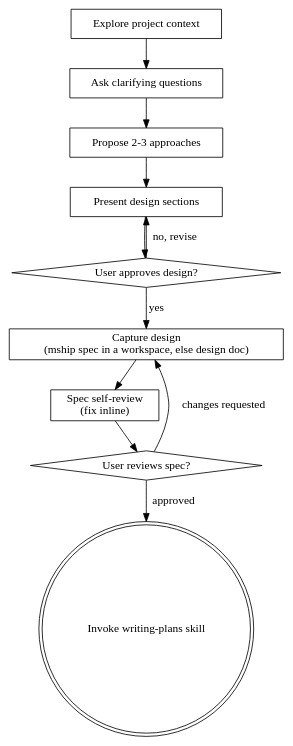
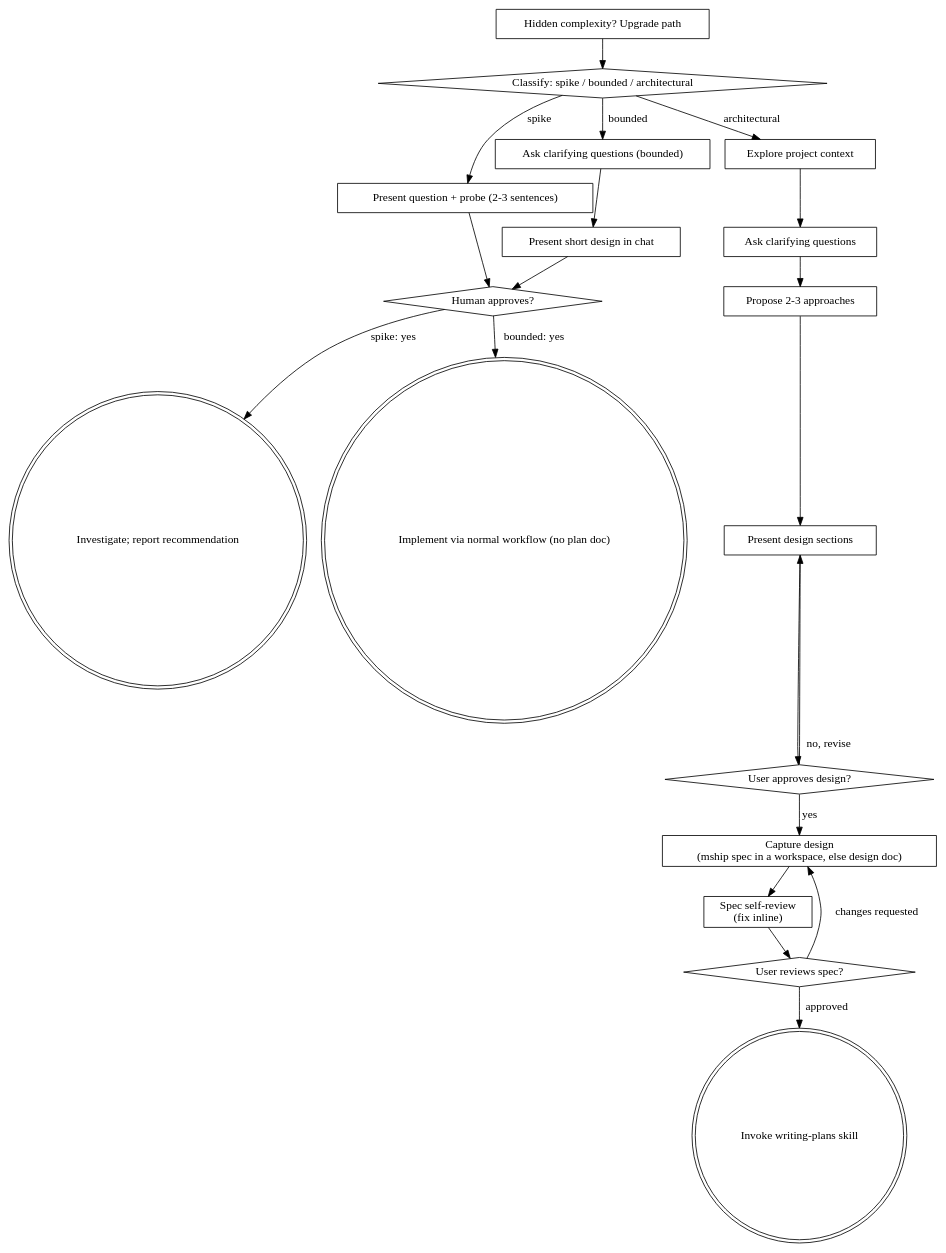
One commit to atomikpanda/mothership changed the diagram in src/mship/skills/brainstorming/SKILL.md. Above: the diagram before and after it, drawn with Graphviz. The commit also changed other lines of this file and 14 other files, not shown here.

````diff
--- a/src/mship/skills/brainstorming/SKILL.md
+++ b/src/mship/skills/brainstorming/SKILL.md
@@ -40,24 +120,41 @@
 ```dot
 digraph brainstorming {
+    "Classify: spike / bounded / architectural" [shape=diamond];
+    "Present question + probe (2-3 sentences)" [shape=box];
+    "Ask clarifying questions (bounded)" [shape=box];
+    "Present short design in chat" [shape=box];
+    "Human approves?" [shape=diamond];
+    "Investigate; report recommendation" [shape=doublecircle];
+    "Implement via normal workflow (no plan doc)" [shape=doublecircle];
+    "Hidden complexity? Upgrade path" [shape=box];
     "Explore project context" [shape=box];
     "Ask clarifying questions" [shape=box];
     "Propose 2-3 approaches" [shape=box];
     "Present design sections" [shape=box];
     "User approves design?" [shape=diamond];
     "Capture design\n(mship spec in a workspace, else design doc)" [shape=box];
     "Spec self-review\n(fix inline)" [shape=box];
     "User reviews spec?" [shape=diamond];
     "Invoke writing-plans skill" [shape=doublecircle];
 
+    "Classify: spike / bounded / architectural" -> "Present question + probe (2-3 sentences)" [label="spike"];
+    "Classify: spike / bounded / architectural" -> "Ask clarifying questions (bounded)" [label="bounded"];
+    "Classify: spike / bounded / architectural" -> "Explore project context" [label="architectural"];
+    "Present question + probe (2-3 sentences)" -> "Human approves?";
+    "Ask clarifying questions (bounded)" -> "Present short design in chat";
+    "Present short design in chat" -> "Human approves?";
+    "Human approves?" -> "Investigate; report recommendation" [label="spike: yes"];
+    "Human approves?" -> "Implement via normal workflow (no plan doc)" [label="bounded: yes"];
+    "Hidden complexity? Upgrade path" -> "Classify: spike / bounded / architectural";
     "Explore project context" -> "Ask clarifying questions";
     "Ask clarifying questions" -> "Propose 2-3 approaches";
     "Propose 2-3 approaches" -> "Present design sections";
     "Present design sections" -> "User approves design?";
     "User approves design?" -> "Present design sections" [label="no, revise"];
     "User approves design?" -> "Capture design\n(mship spec in a workspace, else design doc)" [label="yes"];
     "Capture design\n(mship spec in a workspace, else design doc)" -> "Spec self-review\n(fix inline)";
     "Spec self-review\n(fix inline)" -> "User reviews spec?";
     "User reviews spec?" -> "Capture design\n(mship spec in a workspace, else design doc)" [label="changes requested"];
     "User reviews spec?" -> "Invoke writing-plans skill" [label="approved"];
 }
 ```
````
